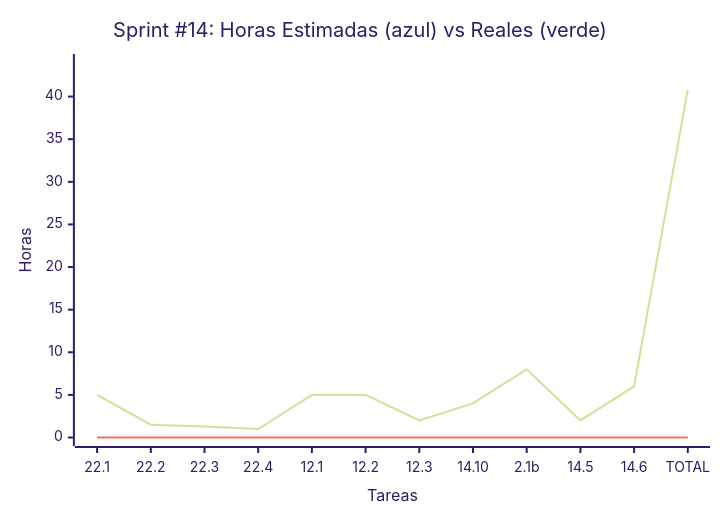
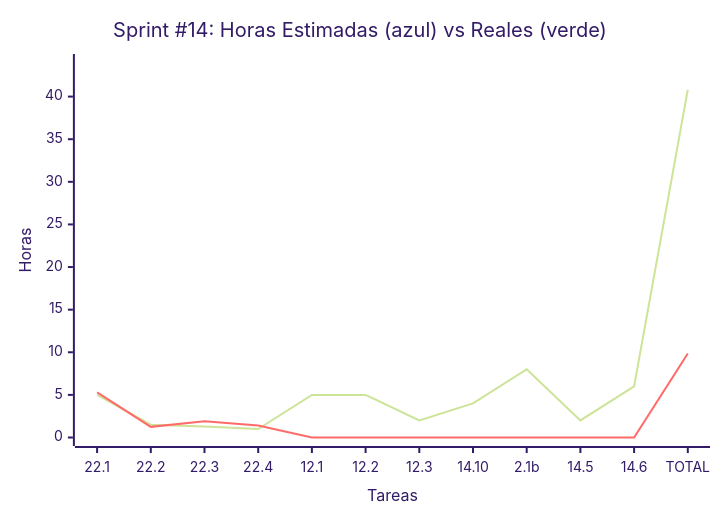
One commit to MarkMed/FleetMan changed diagram 14 of 14 in docs/SprintsPlanning.md. Above: the diagram before and after it, drawn with Mermaid (forest theme). The commit also changed other lines of this file, not shown here.

````diff
--- a/docs/SprintsPlanning.md
+++ b/docs/SprintsPlanning.md
@@ -824,9 +824,9 @@
 ```mermaid
 xychart-beta
     title "Sprint #14: Horas Estimadas (azul) vs Reales (verde)"
     x-axis "Tareas" ["22.1", "22.2", "22.3", "22.4", "12.1", "12.2", "12.3", "14.10", "2.1b", "14.5", "14.6", "TOTAL"]
     y-axis "Horas" 0 --> 44
     
     line [5, 1.5, 1.3, 1, 5, 5, 2, 4, 8, 2, 6, 40.8]
-    line [0, 0, 0, 0, 0, 0, 0, 0, 0, 0, 0, 0]
+    line [5.3, 1.25, 1.9, 1.4, 0, 0, 0, 0, 0, 0, 0, 9.85]
 ```
````
